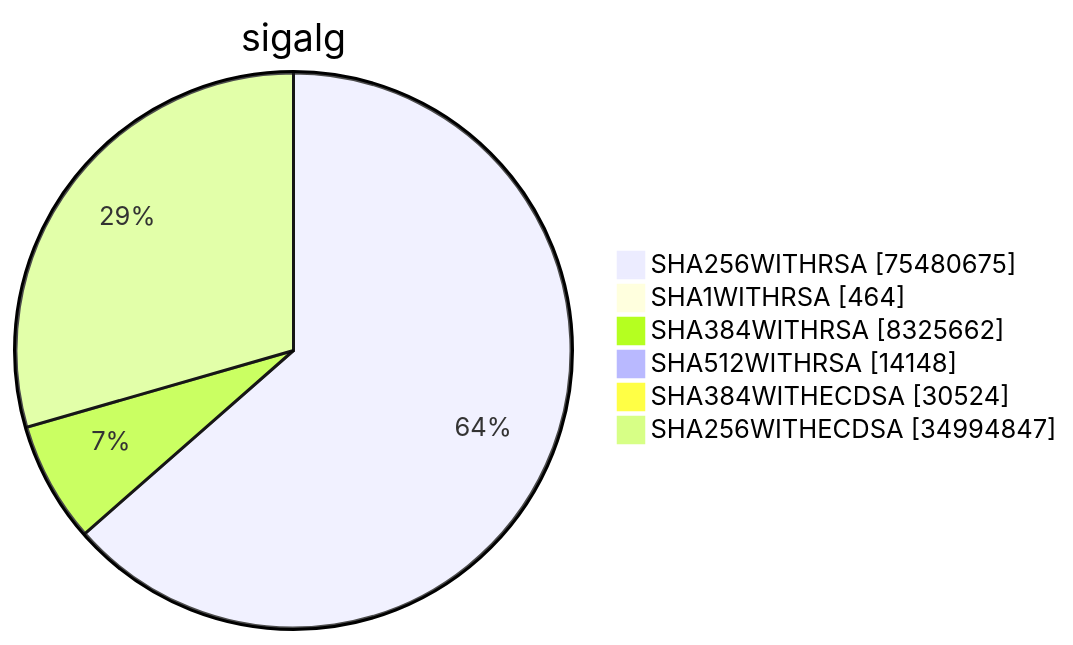
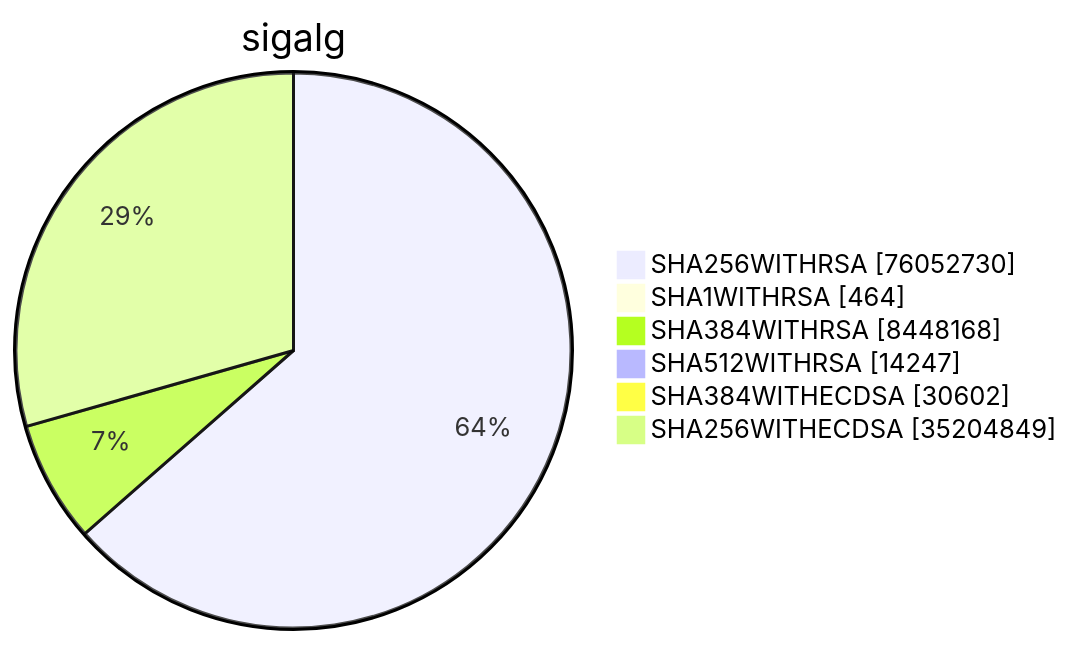
Before and after one commit to christiankrug/ctmonitor_visualization: diagram 15 of 15 in argon2023/README.md, drawn with Mermaid. The commit also changed other lines of this file, not shown here.

````diff
--- a/argon2023/README.md
+++ b/argon2023/README.md
@@ -4562,10 +4568,10 @@
 ```mermaid
 pie showData
 title sigalg
-"SHA256WITHRSA" :75480675
+"SHA256WITHRSA" :76052730
 "SHA1WITHRSA" :464
-"SHA384WITHRSA" :8325662
-"SHA512WITHRSA" :14148
-"SHA384WITHECDSA" :30524
-"SHA256WITHECDSA" :34994847
+"SHA384WITHRSA" :8448168
+"SHA512WITHRSA" :14247
+"SHA384WITHECDSA" :30602
+"SHA256WITHECDSA" :35204849
 ```
````
